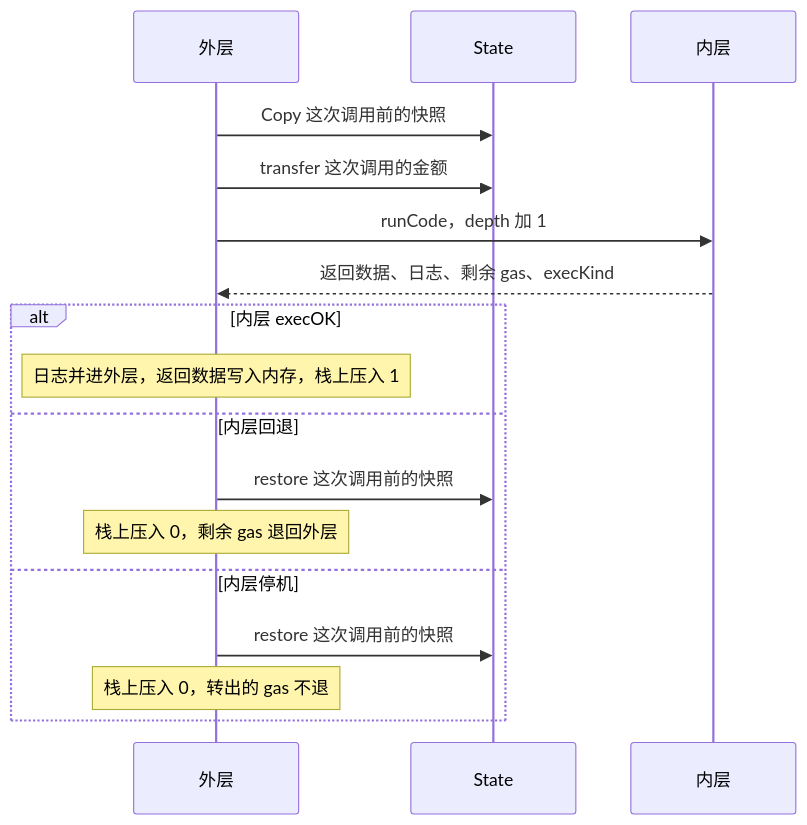
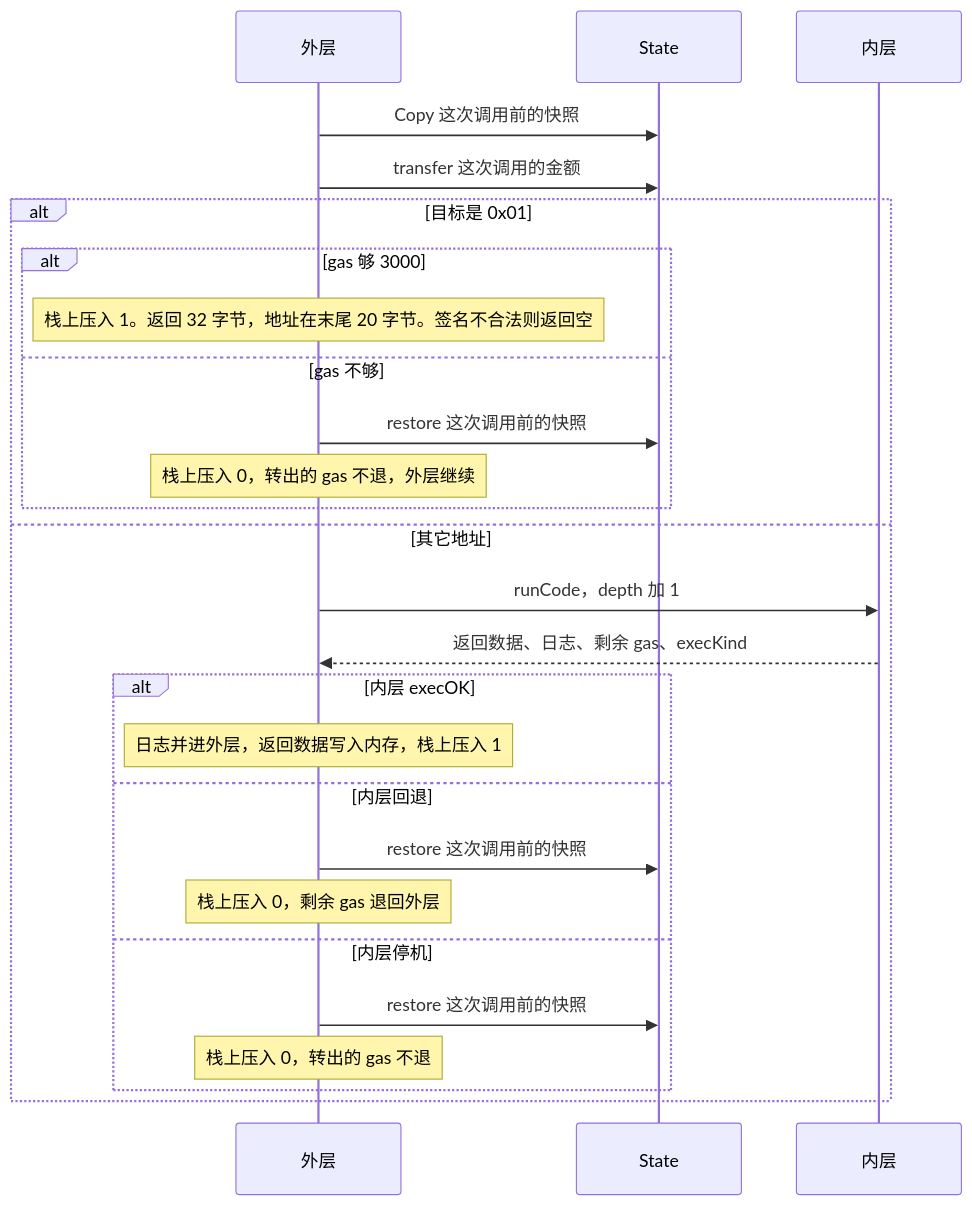
Before and after one commit to slmthydesp/minichain: the eighth of 11 diagrams in LEARNING_GUIDE.md, drawn with Mermaid. The commit also changed other lines of this file and 8 other files, not shown here.

````diff
--- a/LEARNING_GUIDE.md
+++ b/LEARNING_GUIDE.md
@@ -327,20 +335,29 @@
 ```mermaid
 sequenceDiagram
   participant 外层
   participant State
   participant 内层
 
   外层->>State: Copy 这次调用前的快照
   外层->>State: transfer 这次调用的金额
-  外层->>内层: runCode，depth 加 1
-  内层-->>外层: 返回数据、日志、剩余 gas、execKind
-  alt 内层 execOK
-    Note over 外层: 日志并进外层，返回数据写入内存，栈上压入 1
-  else 内层回退
-    外层->>State: restore 这次调用前的快照
-    Note over 外层: 栈上压入 0，剩余 gas 退回外层
-  else 内层停机
-    外层->>State: restore 这次调用前的快照
-    Note over 外层: 栈上压入 0，转出的 gas 不退
+  alt 目标是 0x01
+    alt gas 够 3000
+      Note over 外层: 栈上压入 1。返回 32 字节，地址在末尾 20 字节。签名不合法则返回空
+    else gas 不够
+      外层->>State: restore 这次调用前的快照
+      Note over 外层: 栈上压入 0，转出的 gas 不退，外层继续
+    end
+  else 其它地址
+    外层->>内层: runCode，depth 加 1
+    内层-->>外层: 返回数据、日志、剩余 gas、execKind
+    alt 内层 execOK
+      Note over 外层: 日志并进外层，返回数据写入内存，栈上压入 1
+    else 内层回退
+      外层->>State: restore 这次调用前的快照
+      Note over 外层: 栈上压入 0，剩余 gas 退回外层
+    else 内层停机
+      外层->>State: restore 这次调用前的快照
+      Note over 外层: 栈上压入 0，转出的 gas 不退
+    end
   end
 ```
````
